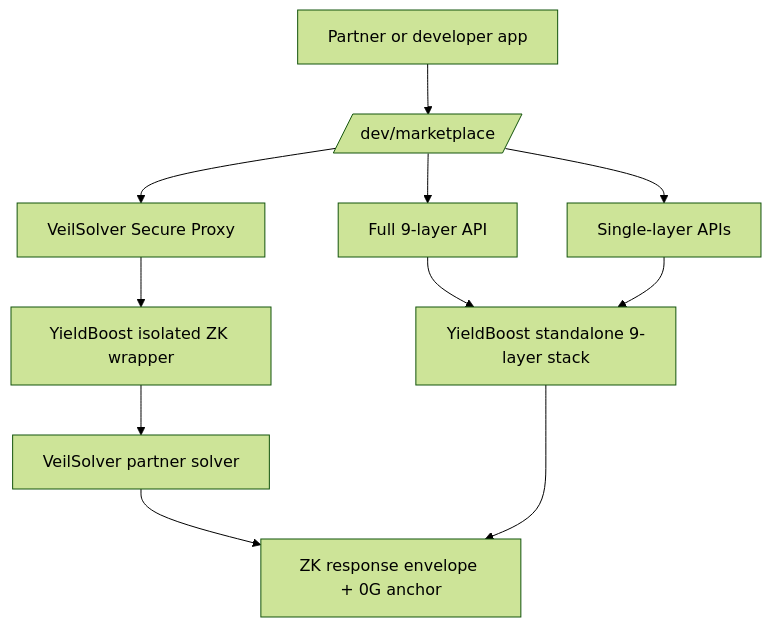
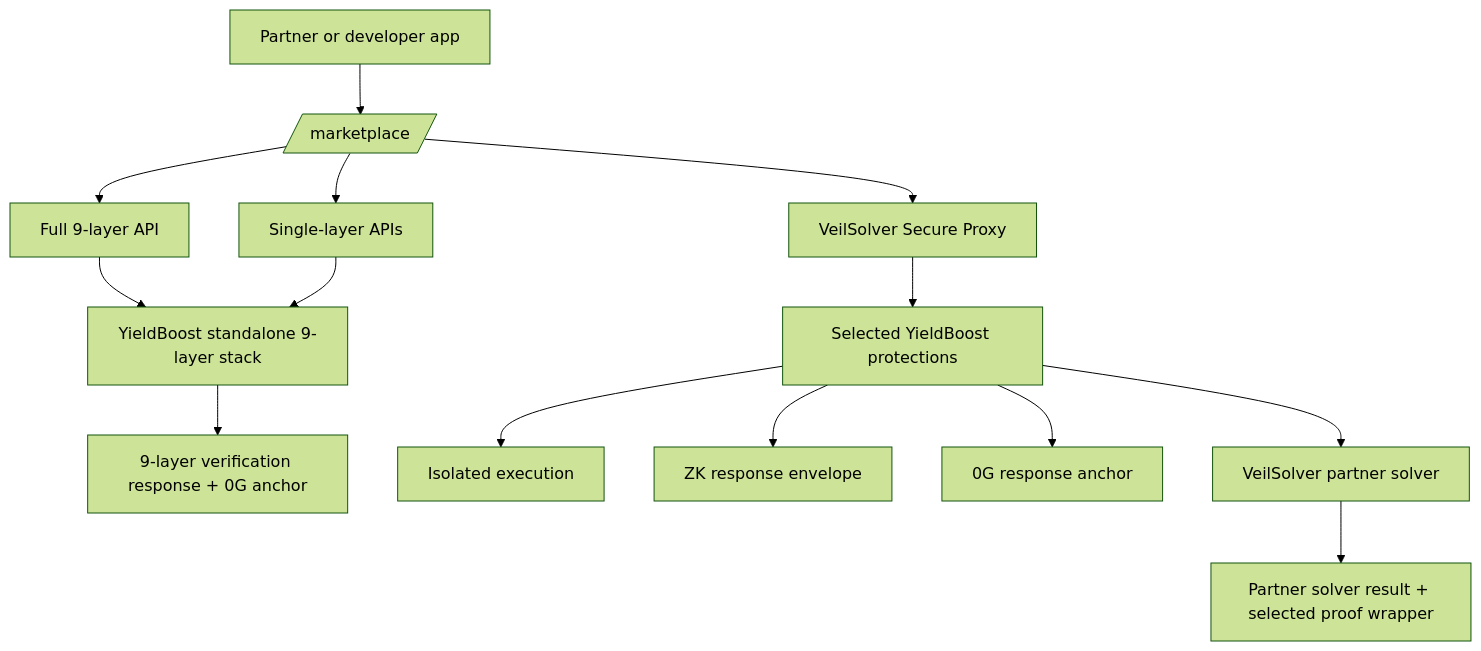
One commit to clawhubs/yieldboost changed the sixth of 8 diagrams in README.md. Above: the diagram before and after it, drawn with Mermaid (forest theme). The commit also changed other lines of this file and 11 other files, not shown here.

````diff
--- a/README.md
+++ b/README.md
@@ -522,13 +522,16 @@
 ```mermaid
 flowchart TD
-    APP[Partner or developer app] --> STOREUI[/dev/marketplace/]
+    APP[Partner or developer app] --> STOREUI[/marketplace/]
     STOREUI --> FULL[Full 9-layer API]
     STOREUI --> SINGLE[Single-layer APIs]
     STOREUI --> VEIL[VeilSolver Secure Proxy]
     FULL --> YBPIPE[YieldBoost standalone 9-layer stack]
     SINGLE --> YBPIPE
-    VEIL --> WRAP[YieldBoost isolated ZK wrapper]
+    YBPIPE --> YBOUT[9-layer verification response + 0G anchor]
+    VEIL --> WRAP[Selected YieldBoost protections]
+    WRAP --> ISO[Isolated execution]
+    WRAP --> ZKWRAP[ZK response envelope]
+    WRAP --> ANCHOR[0G response anchor]
     WRAP --> PARTNER[VeilSolver partner solver]
-    PARTNER --> ENVELOPE[ZK response envelope + 0G anchor]
-    YBPIPE --> ENVELOPE
+    PARTNER --> PARTNEROUT[Partner solver result + selected proof wrapper]
 ```
````
